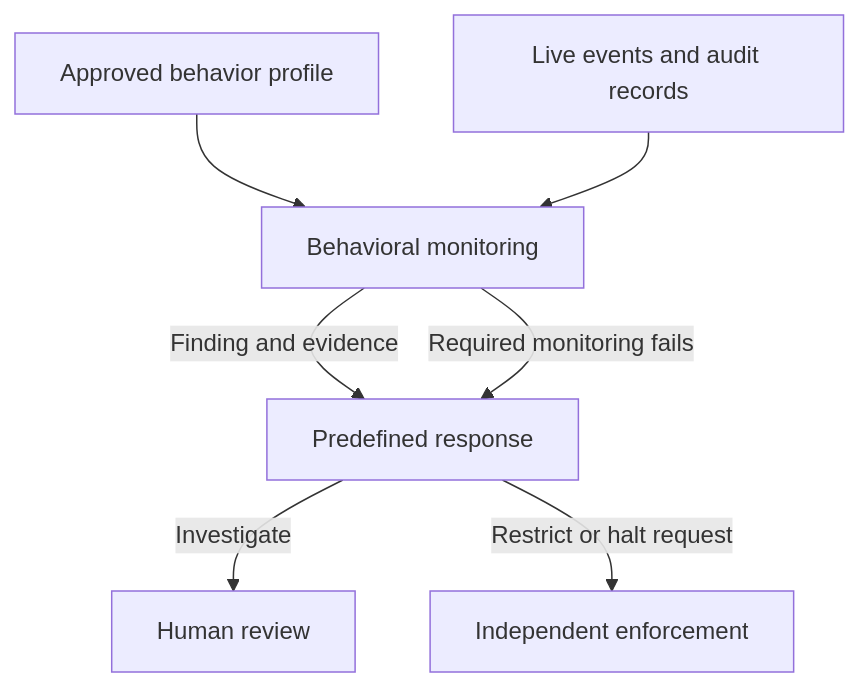
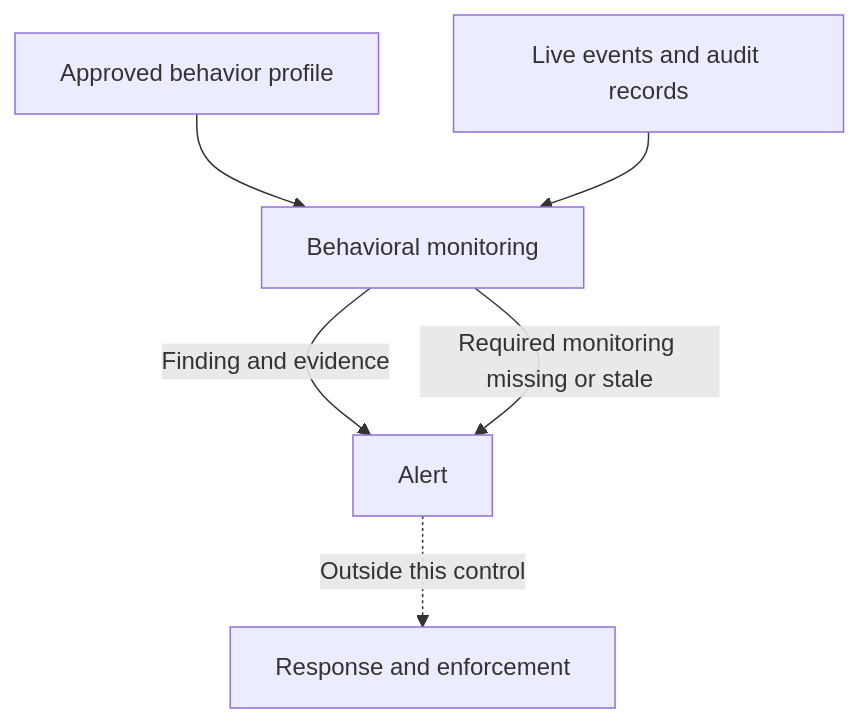
One commit to cosai-oasis/ws4-secure-design-agentic-systems changed the diagram in RFCs/RFC-195.md. Above: the diagram before and after it, drawn with Mermaid. The commit also changed other lines of this file, not shown here.

First line of the commit message:
docs(rfc): scope behavioral monitoring to detection and alerting

````diff
--- a/RFCs/RFC-195.md
+++ b/RFCs/RFC-195.md
@@ -14,9 +14,8 @@
 ```mermaid
 flowchart TD
     P[Approved behavior profile] --> M[Behavioral monitoring]
     E[Live events and audit records] --> M
-    M -->|Finding and evidence| R[Predefined response]
-    M -->|Required monitoring fails| R
-    R -->|Investigate| H[Human review]
-    R -->|Restrict or halt request| X[Independent enforcement]
+    M -->|Finding and evidence| A[Alert]
+    M -->|Required monitoring missing or stale| A
+    A -.->|Outside this control| R[Response and enforcement]
 ```
````
